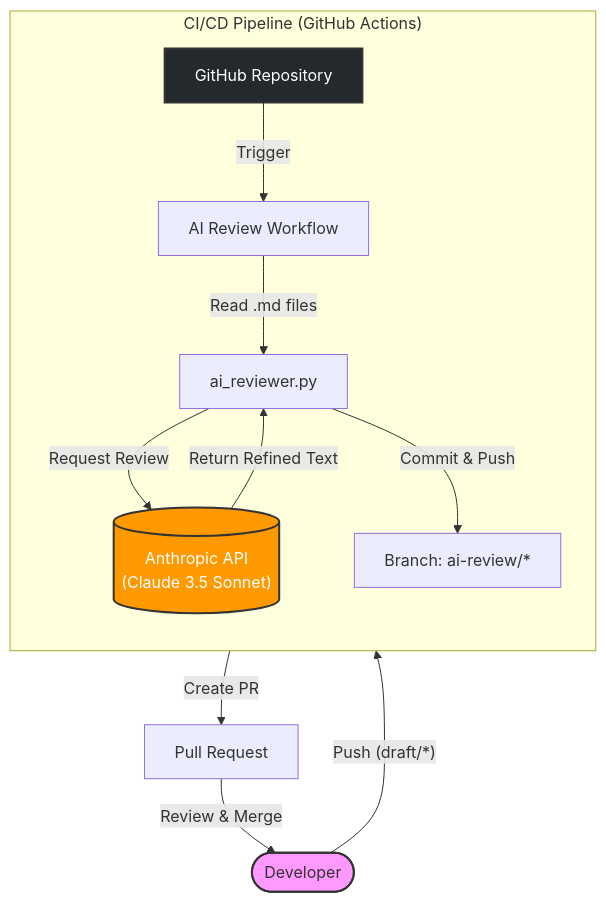
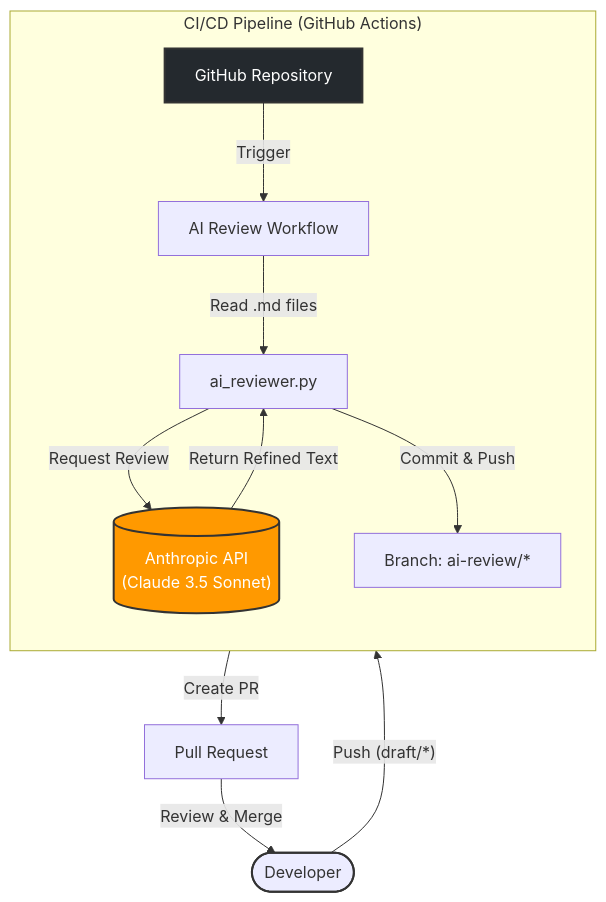
Before and after one commit to shayate811/AI-zenn-contents-review: the diagram in README.md, drawn with Mermaid.

Commit message:
Update actor node style in Mermaid diagram

````diff
--- a/README.md
+++ b/README.md
@@ -12,26 +12,26 @@
 ```mermaid
 graph TD
     %% ノードのスタイル定義（見やすくするための装飾）
-    classDef actor fill:#f9f,stroke:#333,stroke-width:2px;
+    classDef actor fill:#f9f3f,stroke:#333,stroke-width:2px;
     classDef gh fill:#24292e,stroke:#333,stroke-width:2px,color:#fff;
     classDef ext fill:#ff9900,stroke:#333,stroke-width:2px,color:white;
 
     User([Developer]) -->|"Push (draft/*)"| GH[GitHub Repository]
 
     subgraph "CI/CD Pipeline (GitHub Actions)"
         direction TB
         GH -->|Trigger| Action[AI Review Workflow]
         Action -->|"Read .md files"| Python[ai_reviewer.py]
         Python -->|"Request Review"| API[("Anthropic API<br>(Claude 3.5 Sonnet)")]
         API -->|"Return Refined Text"| Python
         Python -->|"Commit & Push"| NewBranch["Branch: ai-review/*"]
     end
 
     NewBranch -->|"Create PR"| PR[Pull Request]
     PR -->|"Review & Merge"| User
 
     %% クラスの適用
     class User actor;
     class GH gh;
     class API ext;
 ```
````
